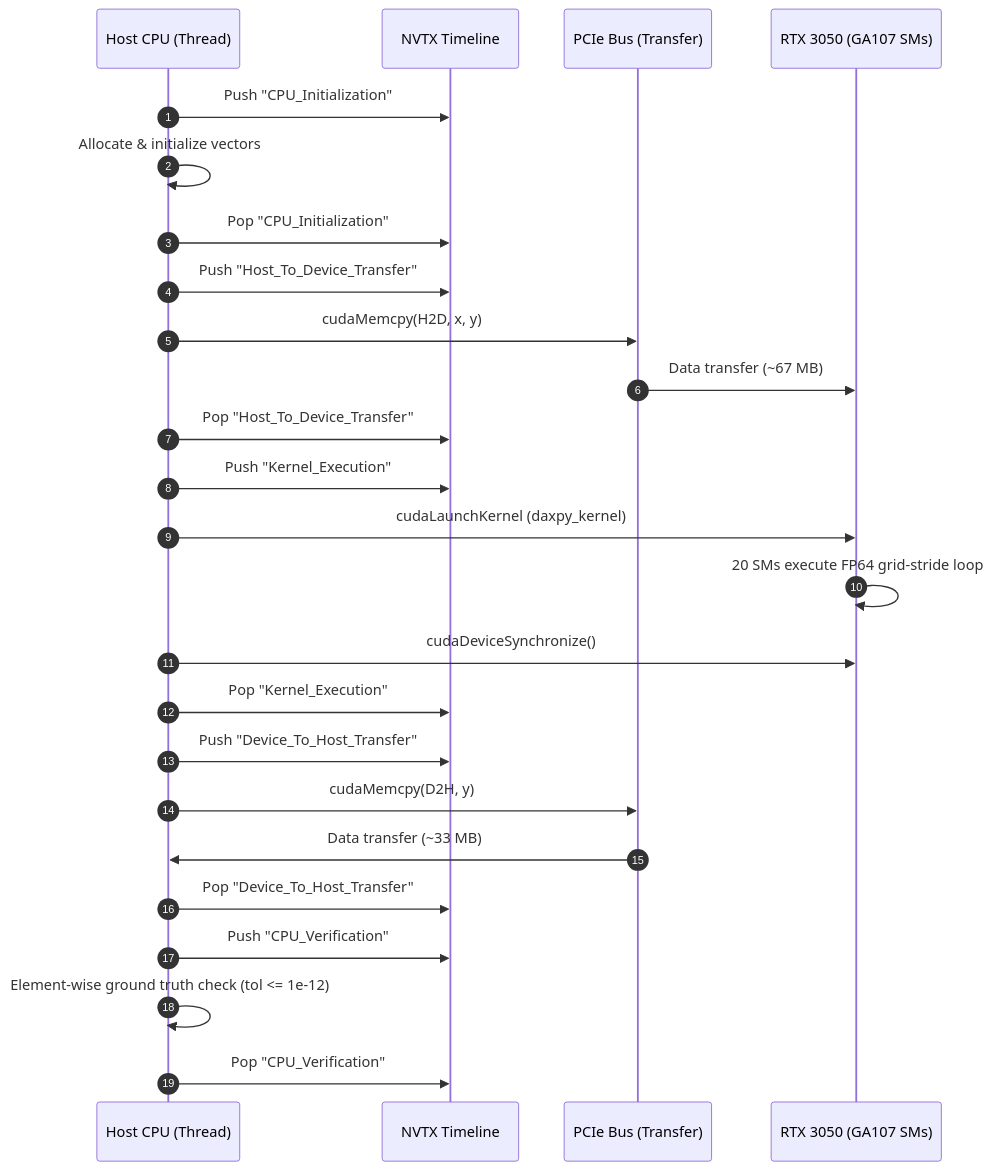
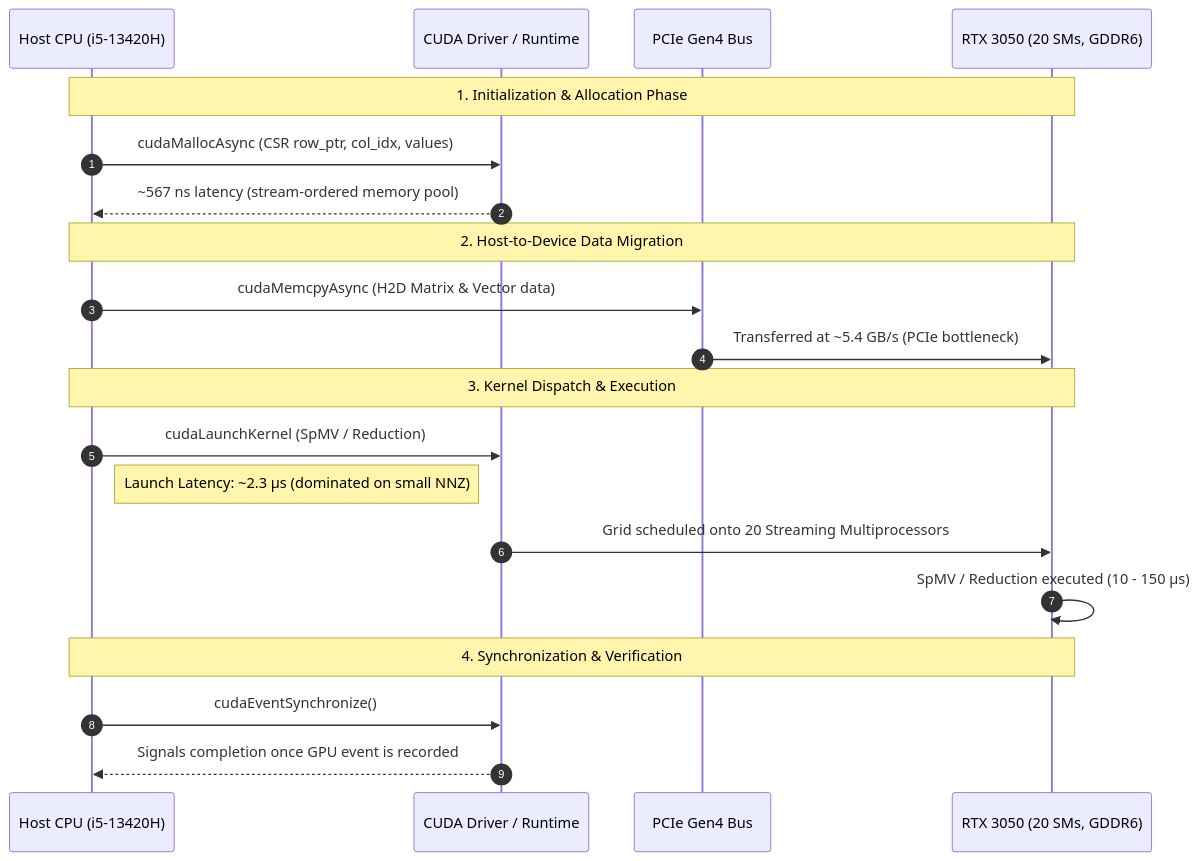
Before and after one commit to Satyanshgaur/PIPEPYE: the first of 2 diagrams in docs/profiling.md, drawn with Mermaid. The commit also changed other lines of this file and 22 other files, not shown here.

````diff
--- a/docs/profiling.md
+++ b/docs/profiling.md
@@ -11,32 +20,26 @@
 ```mermaid
 sequenceDiagram
     autonumber
-    participant Host as Host CPU (Thread)
-    participant NVTX as NVTX Timeline
-    participant PCIe as PCIe Bus (Transfer)
-    participant GPU as RTX 3050 (GA107 SMs)
+    participant Host as Host CPU (i5-13420H)
+    participant Driver as CUDA Driver / Runtime
+    participant PCIe as PCIe Gen4 Bus
+    participant GPU as RTX 3050 (20 SMs, GDDR6)
 
-    Host->>NVTX: Push "CPU_Initialization"
-    Host->>Host: Allocate & initialize vectors
-    Host->>NVTX: Pop "CPU_Initialization"
+    Note over Host,GPU: 1. Initialization & Allocation Phase
+    Host->>Driver: cudaMallocAsync (CSR row_ptr, col_idx, values)
+    Driver-->>Host: ~567 ns latency (stream-ordered memory pool)
 
-    Host->>NVTX: Push "Host_To_Device_Transfer"
-    Host->>PCIe: cudaMemcpy(H2D, x, y)
-    PCIe->>GPU: Data transfer (~67 MB)
-    Host->>NVTX: Pop "Host_To_Device_Transfer"
+    Note over Host,GPU: 2. Host-to-Device Data Migration
+    Host->>PCIe: cudaMemcpyAsync (H2D Matrix & Vector data)
+    PCIe->>GPU: Transferred at ~5.4 GB/s (PCIe bottleneck)
 
-    Host->>NVTX: Push "Kernel_Execution"
-    Host->>GPU: cudaLaunchKernel (daxpy_kernel)
-    GPU->>GPU: 20 SMs execute FP64 grid-stride loop
-    Host->>GPU: cudaDeviceSynchronize()
-    Host->>NVTX: Pop "Kernel_Execution"
-
-    Host->>NVTX: Push "Device_To_Host_Transfer"
-    Host->>PCIe: cudaMemcpy(D2H, y)
-    PCIe->>Host: Data transfer (~33 MB)
-    Host->>NVTX: Pop "Device_To_Host_Transfer"
-
-    Host->>NVTX: Push "CPU_Verification"
-    Host->>Host: Element-wise ground truth check (tol <= 1e-12)
-    Host->>NVTX: Pop "CPU_Verification"
+    Note over Host,GPU: 3. Kernel Dispatch & Execution
+    Host->>Driver: cudaLaunchKernel (SpMV / Reduction)
+    Note right of Host: Launch Latency: ~2.3 µs (dominated on small NNZ)
+    Driver->>GPU: Grid scheduled onto 20 Streaming Multiprocessors
+    GPU->>GPU: SpMV / Reduction executed (10 - 150 µs)
+    
+    Note over Host,GPU: 4. Synchronization & Verification
+    Host->>Driver: cudaEventSynchronize()
+    Driver-->>Host: Signals completion once GPU event is recorded
 ```
````
